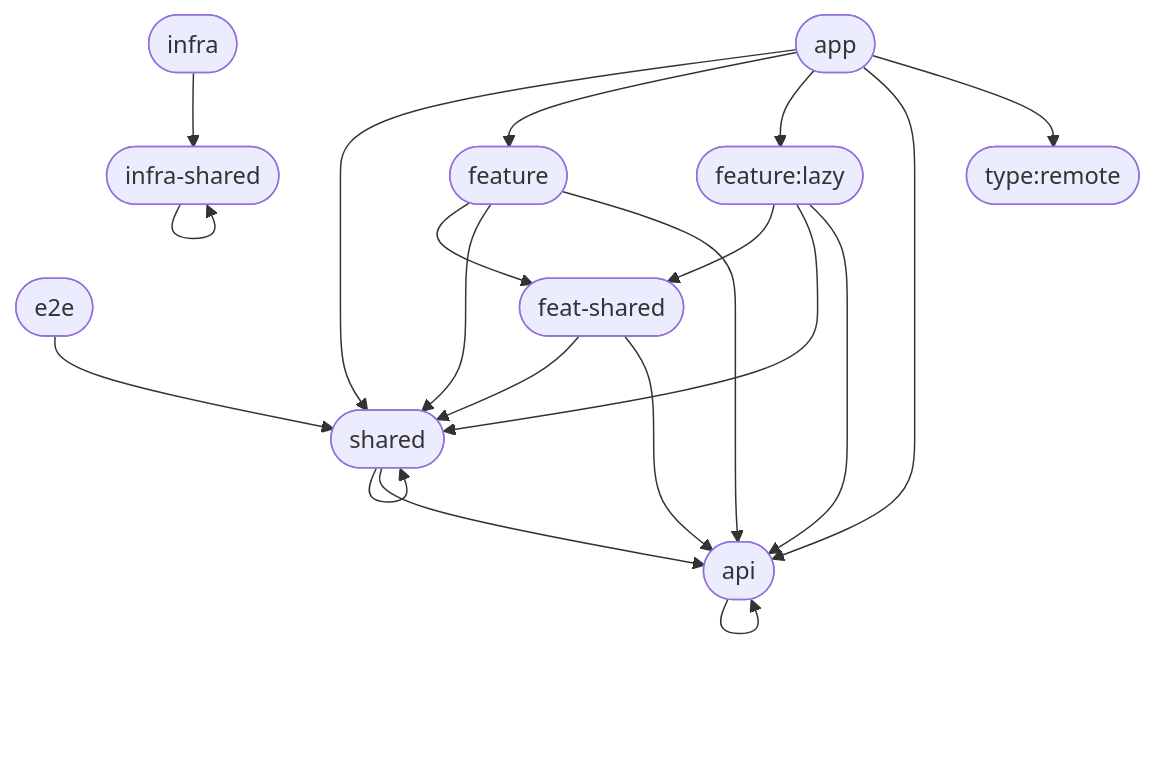
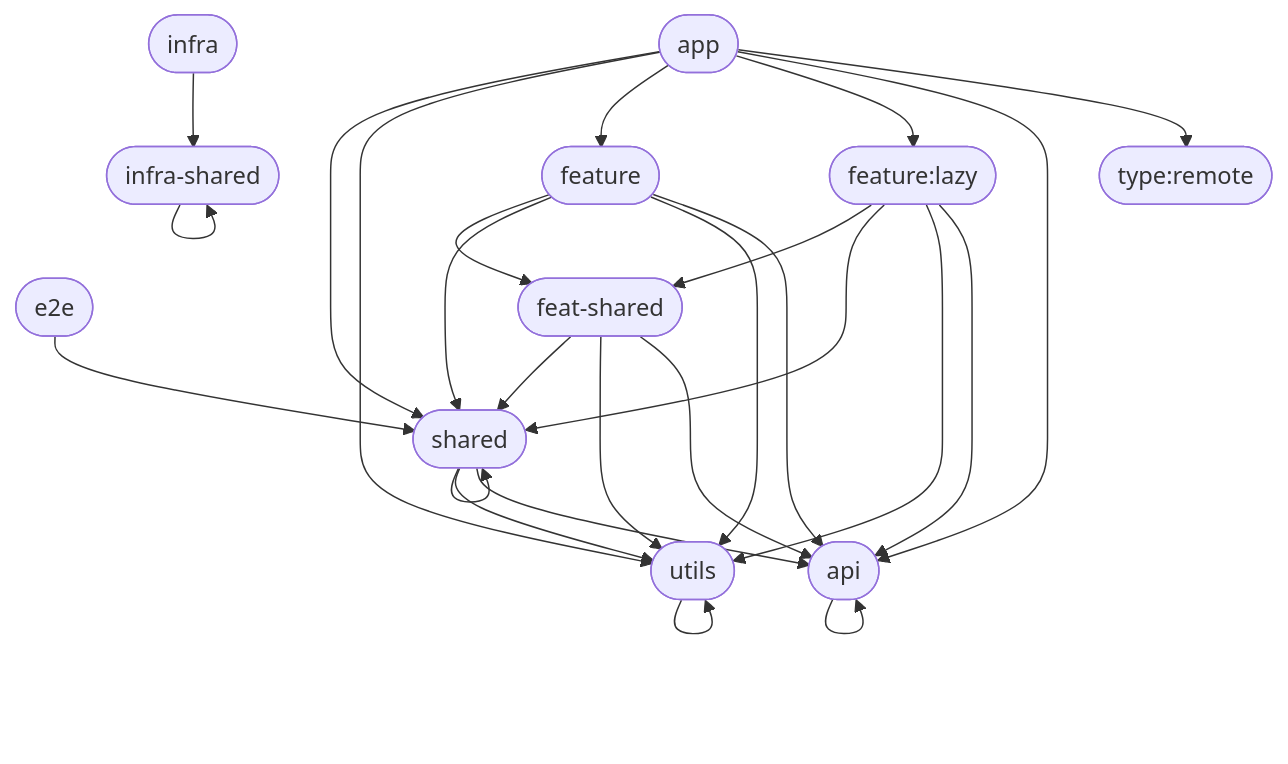
One commit to WolfSoko/wol-sok-mono changed the second of 4 diagrams in docs/architecture/README.md. Above: the diagram before and after it, drawn with Mermaid. The commit also changed other lines of this file and 7 other files, not shown here.

````diff
--- a/docs/architecture/README.md
+++ b/docs/architecture/README.md
@@ -55,32 +55,39 @@
 ```mermaid
 flowchart TD
   api(["api"])
   app(["app"])
   e2e(["e2e"])
   feat_shared(["feat-shared"])
   feature(["feature"])
   feature_lazy(["feature:lazy"])
   infra(["infra"])
   infra_shared(["infra-shared"])
   shared(["shared"])
   type_remote(["type:remote"])
+  utils(["utils"])
   app --> shared
+  app --> utils
   app --> feature
   app --> feature_lazy
   app --> api
   app --> type_remote
   infra --> infra_shared
   infra_shared --> infra_shared
   e2e --> shared
   feature --> feat_shared
   feature --> shared
+  feature --> utils
   feature --> api
   feature_lazy --> feat_shared
   feature_lazy --> shared
+  feature_lazy --> utils
   feature_lazy --> api
   feat_shared --> shared
+  feat_shared --> utils
   feat_shared --> api
   shared --> shared
+  shared --> utils
   shared --> api
+  utils --> utils
   api --> api
 ```
````
